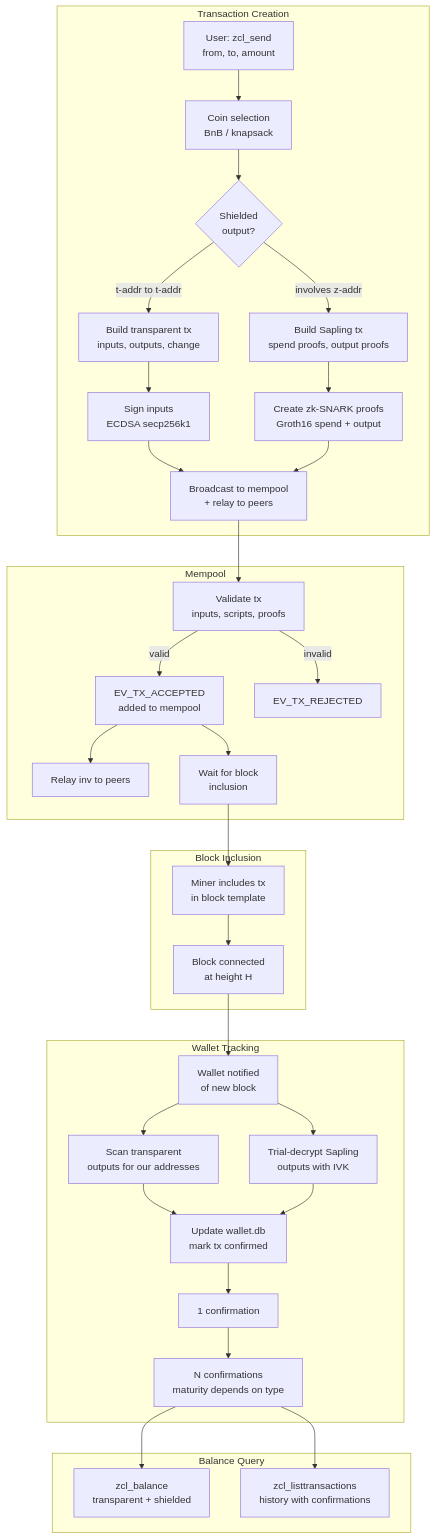
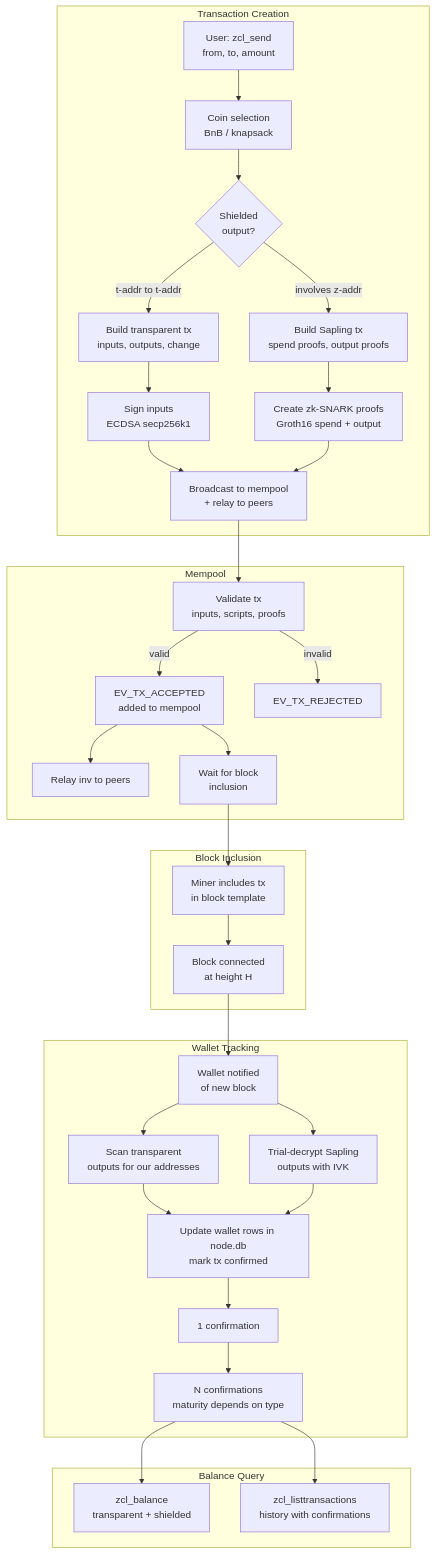
Before and after one commit to VictorLux/zclassic-1: the fourth of 6 diagrams in docs/ARCHITECTURE_DIAGRAMS.md, drawn with Mermaid. The commit also changed other lines of this file and 3 other files, not shown here.

````diff
--- a/docs/ARCHITECTURE_DIAGRAMS.md
+++ b/docs/ARCHITECTURE_DIAGRAMS.md
@@ -187,43 +187,43 @@
 ```mermaid
 flowchart TD
     subgraph Create["Transaction Creation"]
         USER[User: zcl_send<br/>from, to, amount] --> SELECT[Coin selection<br/>BnB / knapsack]
         SELECT --> TRANSPARENT{Shielded<br/>output?}
         TRANSPARENT -->|t-addr to t-addr| BUILD_T[Build transparent tx<br/>inputs, outputs, change]
         TRANSPARENT -->|involves z-addr| BUILD_S[Build Sapling tx<br/>spend proofs, output proofs]
         BUILD_T --> SIGN_T[Sign inputs<br/>ECDSA secp256k1]
         BUILD_S --> SIGN_S[Create zk-SNARK proofs<br/>Groth16 spend + output]
         SIGN_T --> BROADCAST
         SIGN_S --> BROADCAST
     end
 
     BROADCAST[Broadcast to mempool<br/>+ relay to peers]
 
     subgraph Mempool["Mempool"]
         BROADCAST --> MEMPOOL_CHECK[Validate tx<br/>inputs, scripts, proofs]
         MEMPOOL_CHECK -->|valid| ACCEPT_MP[EV_TX_ACCEPTED<br/>added to mempool]
         MEMPOOL_CHECK -->|invalid| REJECT_MP[EV_TX_REJECTED]
         ACCEPT_MP --> RELAY_INV[Relay inv to peers]
         ACCEPT_MP --> WAIT[Wait for block<br/>inclusion]
     end
 
     subgraph Mining["Block Inclusion"]
         WAIT --> MINED[Miner includes tx<br/>in block template]
         MINED --> BLOCK_CONNECT[Block connected<br/>at height H]
     end
 
     subgraph Confirmation["Wallet Tracking"]
         BLOCK_CONNECT --> WALLET_NOTIFY[Wallet notified<br/>of new block]
         WALLET_NOTIFY --> SCAN_T[Scan transparent<br/>outputs for our addresses]
         WALLET_NOTIFY --> SCAN_S[Trial-decrypt Sapling<br/>outputs with IVK]
-        SCAN_T --> UPDATE[Update wallet.db<br/>mark tx confirmed]
+        SCAN_T --> UPDATE[Update wallet rows in node.db<br/>mark tx confirmed]
         SCAN_S --> UPDATE
         UPDATE --> CONF_1[1 confirmation]
         CONF_1 --> CONF_N[N confirmations<br/>maturity depends on type]
     end
 
     subgraph Query["Balance Query"]
         CONF_N --> BALANCE[zcl_balance<br/>transparent + shielded]
         CONF_N --> LIST[zcl_listtransactions<br/>history with confirmations]
     end
 ```
````
